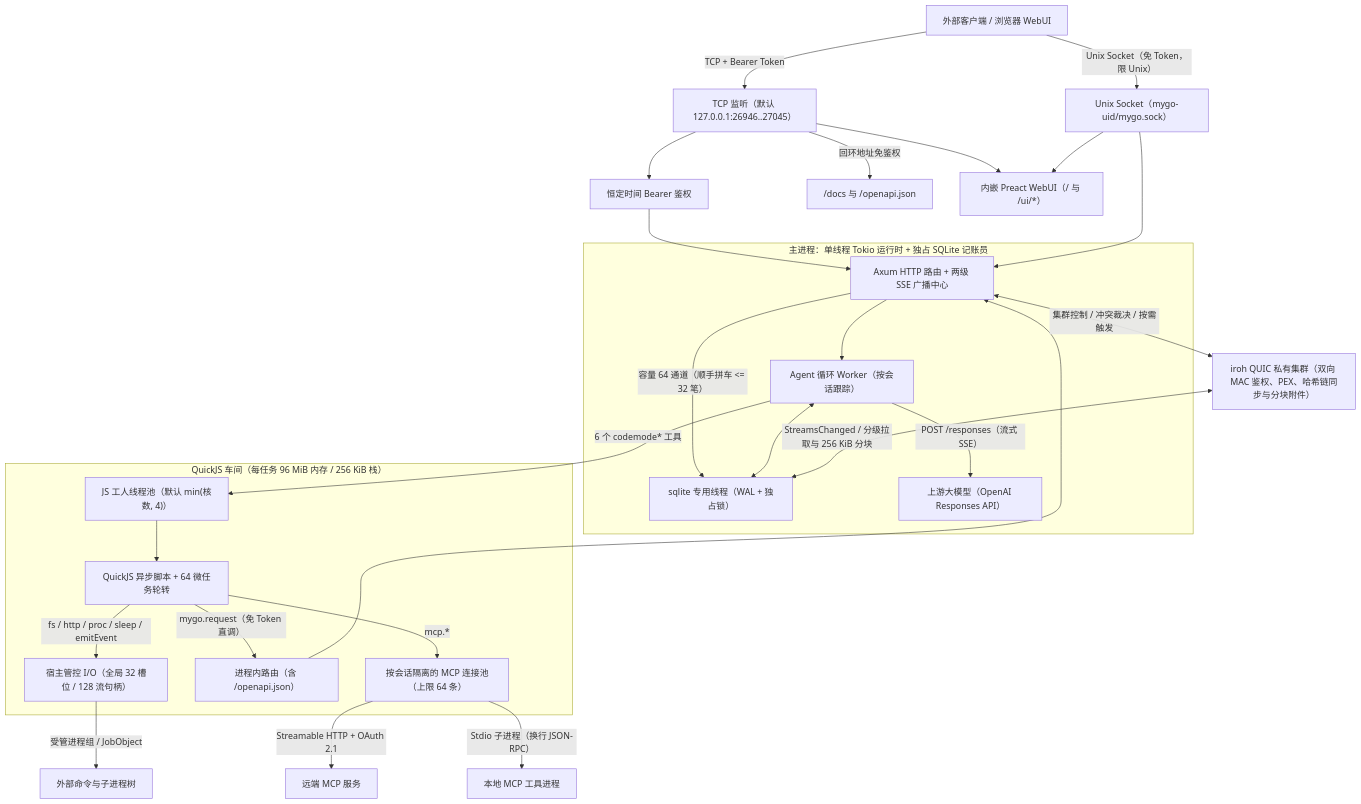
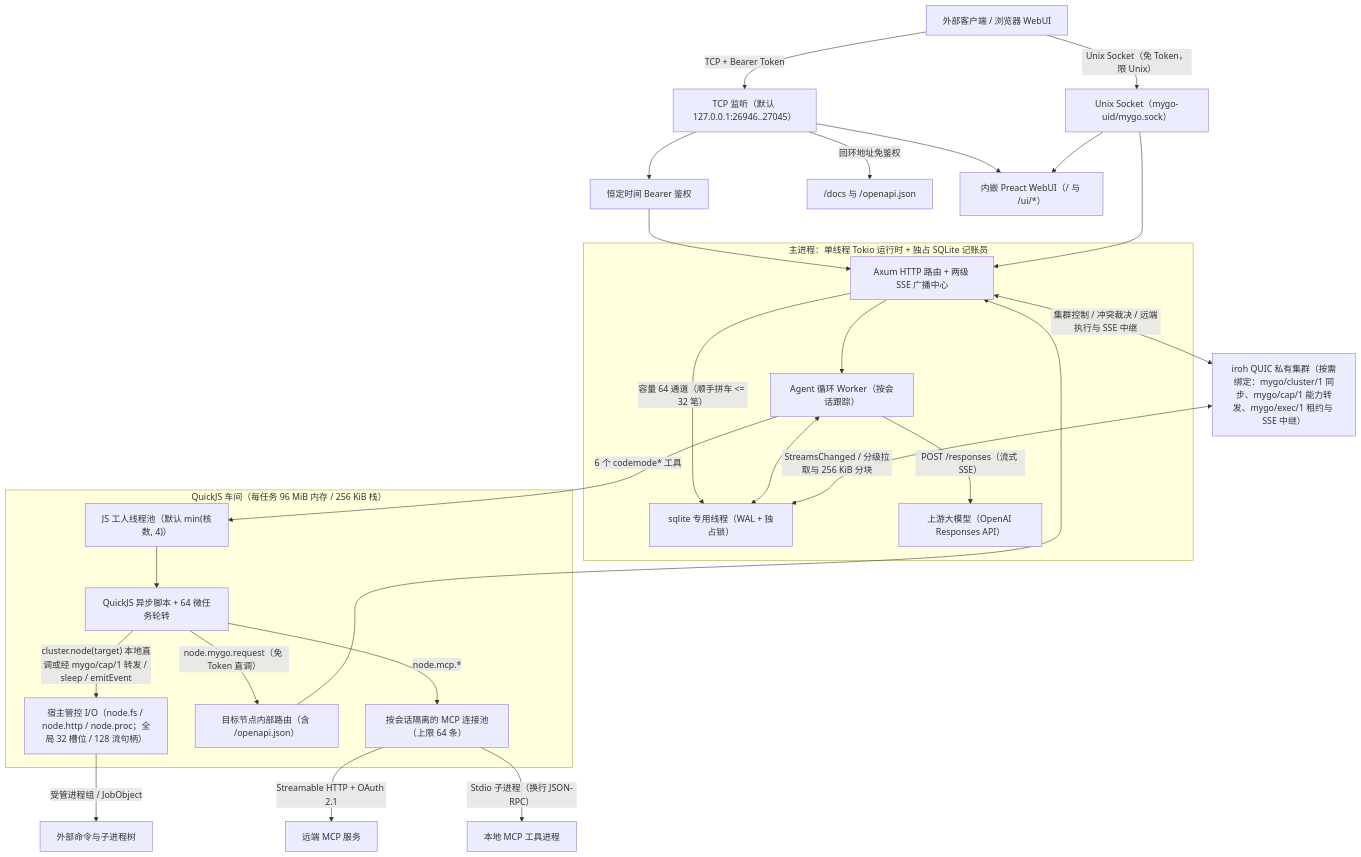
The diagram in how-it-work/README.md (faithleysath/mygo-bot), drawn with Mermaid before and after one commit. The commit also changed other lines of this file and 8 other files, not shown here.

Commit message:
docs: sync v8 schema, streaming media, on-demand QUIC, and doc anchors

````diff
--- a/how-it-work/README.md
+++ b/how-it-work/README.md
@@ -15,37 +15,37 @@
 ```mermaid
 flowchart TB
     Client["外部客户端 / 浏览器 WebUI"] -->|TCP + Bearer Token| TcpRouter["TCP 监听（默认 127.0.0.1:26946..27045）"]
     Client -->|"Unix Socket（免 Token，限 Unix）"| UnixRouter["Unix Socket（mygo-uid/mygo.sock）"]
 
     TcpRouter --> Auth["恒定时间 Bearer 鉴权"]
     TcpRouter -->|回环地址免鉴权| Docs["/docs 与 /openapi.json"]
     TcpRouter --> WebUI["内嵌 Preact WebUI（/ 与 /ui/*）"]
     UnixRouter --> WebUI
 
     Auth --> ApiLayer["Axum HTTP 路由 + 两级 SSE 广播中心"]
     UnixRouter --> ApiLayer
 
     subgraph Runtime["主进程：单线程 Tokio 运行时 + 独占 SQLite 记账员"]
         ApiLayer -->|"容量 64 通道（顺手拼车 <= 32 笔）"| Sqlite["sqlite 专用线程（WAL + 独占锁）"]
         ApiLayer --> Agent["Agent 循环 Worker（按会话跟踪）"]
         Agent <--> Sqlite
         Agent -->|"POST /responses（流式 SSE）"| Upstream["上游大模型（OpenAI Responses API）"]
     end
 
-    ApiLayer <-->|"集群控制 / 冲突裁决 / 按需触发"| Cluster["iroh QUIC 私有集群（双向 MAC 鉴权、PEX、哈希链同步与分块附件）"]
+    ApiLayer <-->|"集群控制 / 冲突裁决 / 远端执行与 SSE 中继"| Cluster["iroh QUIC 私有集群（按需绑定：mygo/cluster/1 同步、mygo/cap/1 能力转发、mygo/exec/1 租约与 SSE 中继）"]
     Cluster <-->|"StreamsChanged / 分级拉取与 256 KiB 分块"| Sqlite
 
     Agent -->|"6 个 codemode* 工具"| Pool["JS 工人线程池（默认 min(核数, 4)）"]
 
     subgraph Sandbox["QuickJS 车间（每任务 96 MiB 内存 / 256 KiB 栈）"]
         Pool --> VM["QuickJS 异步脚本 + 64 微任务轮转"]
-        VM -->|"fs / http / proc / sleep / emitEvent"| HostIO["宿主管控 I/O（全局 32 槽位 / 128 流句柄）"]
-        VM -->|"mygo.request（免 Token 直调）"| InternalApi["进程内路由（含 /openapi.json）"]
-        VM -->|"mcp.*"| McpPool["按会话隔离的 MCP 连接池（上限 64 条）"]
+        VM -->|"cluster.node(target) 本地直调或经 mygo/cap/1 转发 / sleep / emitEvent"| HostIO["宿主管控 I/O（node.fs / node.http / node.proc；全局 32 槽位 / 128 流句柄）"]
+        VM -->|"node.mygo.request（免 Token 直调）"| InternalApi["目标节点内部路由（含 /openapi.json）"]
+        VM -->|"node.mcp.*"| McpPool["按会话隔离的 MCP 连接池（上限 64 条）"]
     end
 
     HostIO -->|受管进程组 / JobObject| ChildProc["外部命令与子进程树"]
     McpPool -->|"Streamable HTTP + OAuth 2.1"| RemoteMcp["远端 MCP 服务"]
     McpPool -->|"Stdio 子进程（换行 JSON-RPC）"| LocalMcp["本地 MCP 工具进程"]
     InternalApi --> ApiLayer
 ```
````
